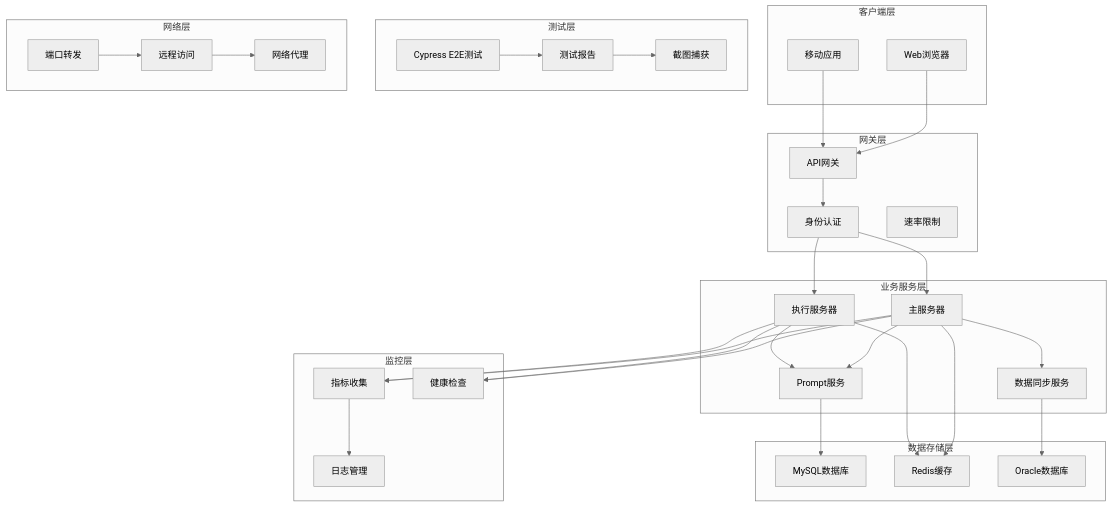
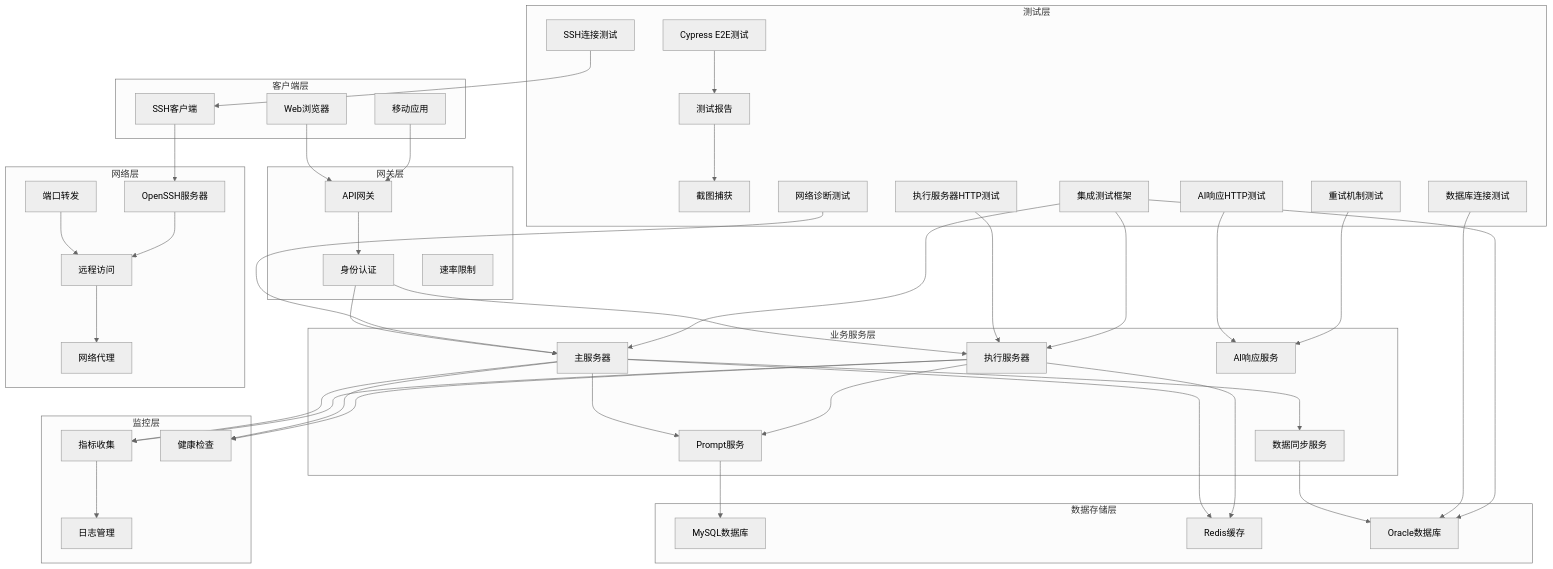
Before and after one commit to liuzh2008/med_ai_assistant_workspace: the fourth of 43 diagrams in .qoder/repowiki/zh/content/Development Environment Features/Development Environment Features.md, drawn with Mermaid (neutral theme). The commit also changed other lines of this file and 6 other files, not shown here.

````diff
--- a/.qoder/repowiki/zh/content/Development Environment Features/Development Environment Features.md
+++ b/.qoder/repowiki/zh/content/Development Environment Features/Development Environment Features.md
@@ -179,59 +246,80 @@
 ```mermaid
 graph TB
 subgraph "客户端层"
 WEB[Web浏览器]
 MOBILE[移动应用]
+SSH_CLIENT[SSH客户端]
 end
 subgraph "网关层"
 API_GATEWAY[API网关]
 AUTHENTICATION[身份认证]
 RATE_LIMITING[速率限制]
 end
 subgraph "业务服务层"
 MAIN_SERVER[主服务器]
 EXECUTION_SERVER[执行服务器]
 PROMPT_SERVICE[Prompt服务]
 SYNC_SERVICE[数据同步服务]
+AI_RESPONSE_SERVICE[AI响应服务]
 end
 subgraph "数据存储层"
 MYSQL[MySQL数据库]
 REDIS[Redis缓存]
 ORACLE[Oracle数据库]
 end
 subgraph "监控层"
 METRICS[指标收集]
 LOGGING[日志管理]
 HEALTH_CHECK[健康检查]
 end
 subgraph "测试层"
 CYPRESS_TESTS[Cypress E2E测试]
 TEST_REPORTS[测试报告]
 SCREENSHOT_CAPTURE[截图捕获]
+SSH_CONNECTION_TESTS[SSH连接测试]
+AI_RESPONSE_HTTP_TESTS[AI响应HTTP测试]
+EXECUTION_SERVER_HTTP_TESTS[执行服务器HTTP测试]
+DATABASE_CONNECTION_TESTS[数据库连接测试]
+NETWORK_DIAGNOSTIC_TESTS[网络诊断测试]
+RETRY_MECHANISM_TESTS[重试机制测试]
+INTEGRATION_TEST_FRAMEWORK[集成测试框架]
 end
 subgraph "网络层"
 PORT_FORWARDING[端口转发]
 NETWORK_PROXY[网络代理]
 REMOTE_ACCESS[远程访问]
+OPENSSH_SERVER[OpenSSH服务器]
 end
 WEB --> API_GATEWAY
 MOBILE --> API_GATEWAY
+SSH_CLIENT --> OPENSSH_SERVER
 API_GATEWAY --> AUTHENTICATION
 AUTHENTICATION --> MAIN_SERVER
 AUTHENTICATION --> EXECUTION_SERVER
 MAIN_SERVER --> PROMPT_SERVICE
 MAIN_SERVER --> SYNC_SERVICE
 EXECUTION_SERVER --> PROMPT_SERVICE
 PROMPT_SERVICE --> MYSQL
 SYNC_SERVICE --> ORACLE
 MAIN_SERVER --> REDIS
 EXECUTION_SERVER --> REDIS
 MAIN_SERVER --> METRICS
 EXECUTION_SERVER --> METRICS
 METRICS --> LOGGING
 MAIN_SERVER --> HEALTH_CHECK
 EXECUTION_SERVER --> HEALTH_CHECK
 CYPRESS_TESTS --> TEST_REPORTS
 TEST_REPORTS --> SCREENSHOT_CAPTURE
+SSH_CONNECTION_TESTS --> SSH_CLIENT
+AI_RESPONSE_HTTP_TESTS --> AI_RESPONSE_SERVICE
+EXECUTION_SERVER_HTTP_TESTS --> EXECUTION_SERVER
+DATABASE_CONNECTION_TESTS --> ORACLE
+NETWORK_DIAGNOSTIC_TESTS --> MAIN_SERVER
+RETRY_MECHANISM_TESTS --> AI_RESPONSE_SERVICE
+INTEGRATION_TEST_FRAMEWORK --> MAIN_SERVER
+INTEGRATION_TEST_FRAMEWORK --> EXECUTION_SERVER
+INTEGRATION_TEST_FRAMEWORK --> ORACLE
 PORT_FORWARDING --> REMOTE_ACCESS
 REMOTE_ACCESS --> NETWORK_PROXY
+OPENSSH_SERVER --> REMOTE_ACCESS
 ```
````
